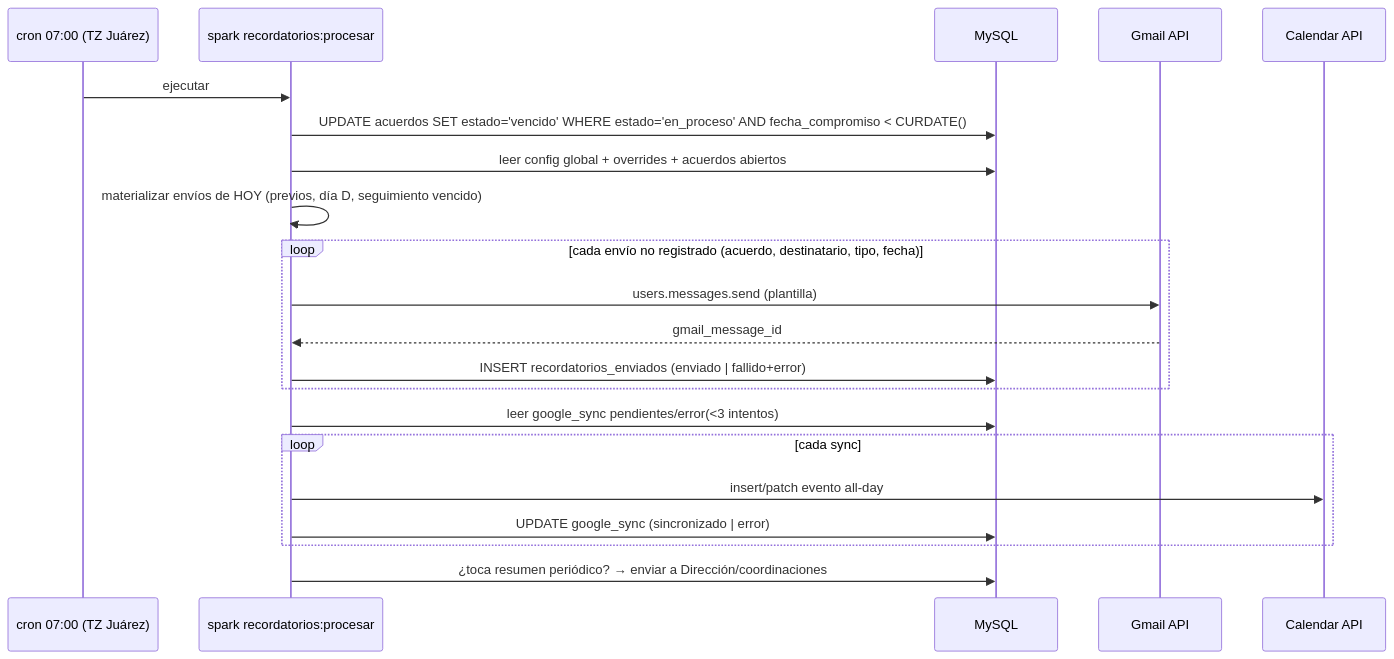
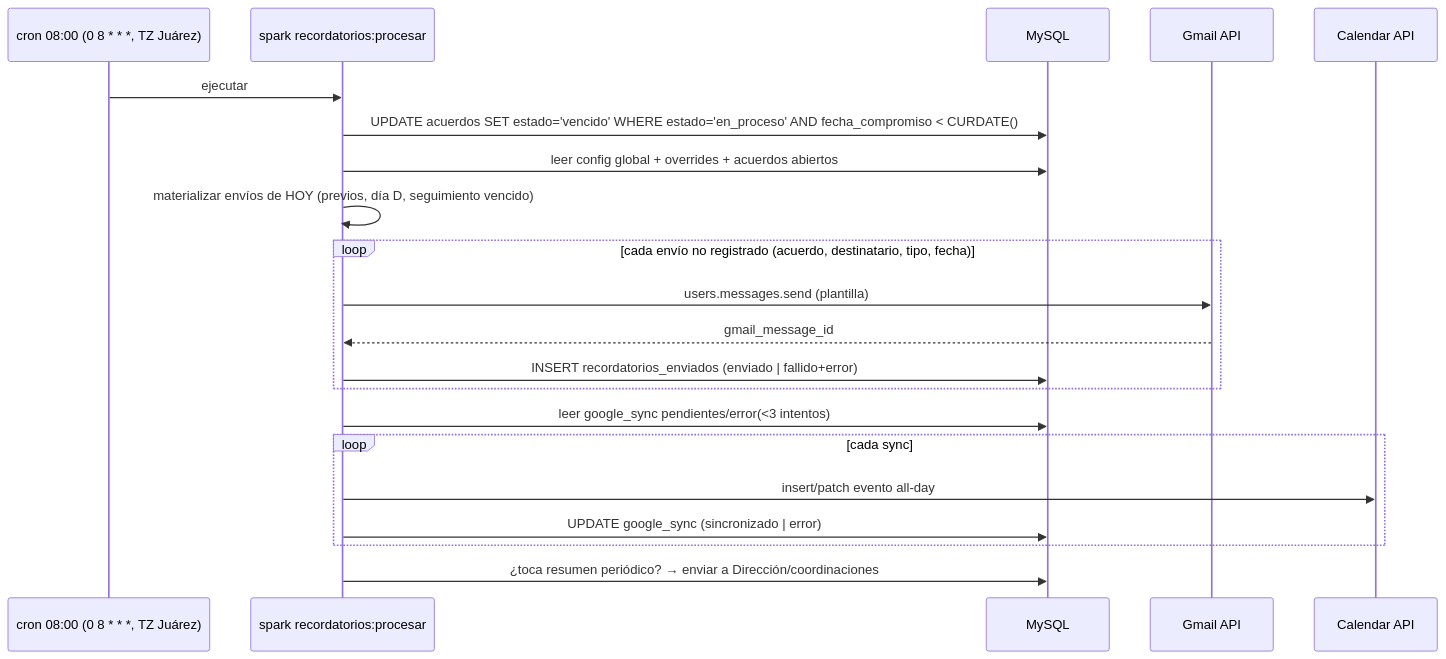
Before and after one commit to dagargon89/seguimiento_acuerdos_mvp: the fourth of 5 diagrams in docs/02-arquitectura/02_arquitectura_sistema.md, drawn with Mermaid. The commit also changed other lines of this file and 3 other files, not shown here.

First line of the commit message:
docs: cron a las 08:00 (Ciudad Juárez) + ADR-014 de solicitud de conclusión

````diff
--- a/docs/02-arquitectura/02_arquitectura_sistema.md
+++ b/docs/02-arquitectura/02_arquitectura_sistema.md
@@ -128,23 +128,23 @@
 ```mermaid
 sequenceDiagram
-    participant CR as cron 07:00 (TZ Juárez)
+    participant CR as cron 08:00 (0 8 * * *, TZ Juárez)
     participant J as spark recordatorios:procesar
     participant DB as MySQL
     participant GM as Gmail API
     participant GC as Calendar API
     CR->>J: ejecutar
     J->>DB: UPDATE acuerdos SET estado='vencido' WHERE estado='en_proceso' AND fecha_compromiso < CURDATE()
     J->>DB: leer config global + overrides + acuerdos abiertos
     J->>J: materializar envíos de HOY (previos, día D, seguimiento vencido)
     loop cada envío no registrado (acuerdo, destinatario, tipo, fecha)
         J->>GM: users.messages.send (plantilla)
         GM-->>J: gmail_message_id
         J->>DB: INSERT recordatorios_enviados (enviado | fallido+error)
     end
     J->>DB: leer google_sync pendientes/error(<3 intentos)
     loop cada sync
         J->>GC: insert/patch evento all-day
         J->>DB: UPDATE google_sync (sincronizado | error)
     end
     J->>DB: ¿toca resumen periódico? → enviar a Dirección/coordinaciones
 ```
````
